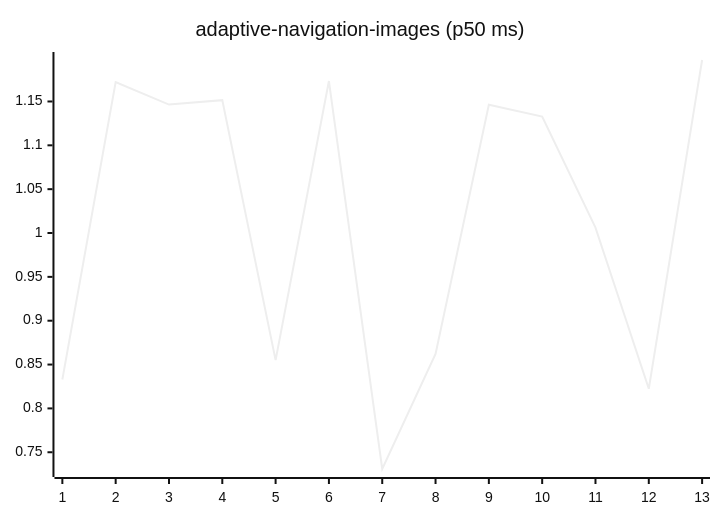
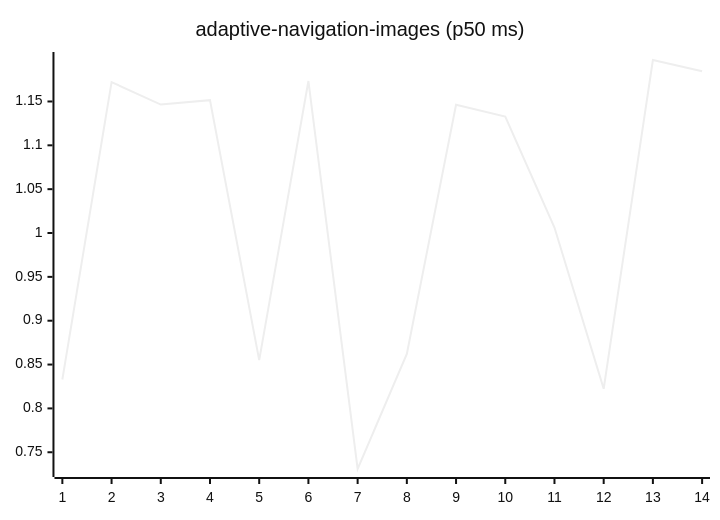
One commit to josha/Facet changed the first of 27 diagrams in README.md. Above: the diagram before and after it, drawn with Mermaid (neutral theme). The commit also changed other lines of this file and 2 other files, not shown here.

````diff
--- a/README.md
+++ b/README.md
@@ -63,6 +63,6 @@
 ```mermaid
 xychart-beta
     title "adaptive-navigation-images (p50 ms)"
-    x-axis 1 --> 13
-    line [0.8330, 1.1721, 1.1465, 1.1515, 0.8551, 1.1733, 0.7309, 0.8622, 1.1462, 1.1328, 1.0062, 0.8224, 1.1973]
+    x-axis 1 --> 14
+    line [0.8330, 1.1721, 1.1465, 1.1515, 0.8551, 1.1733, 0.7309, 0.8622, 1.1462, 1.1328, 1.0062, 0.8224, 1.1973, 1.1845]
 ```
````
